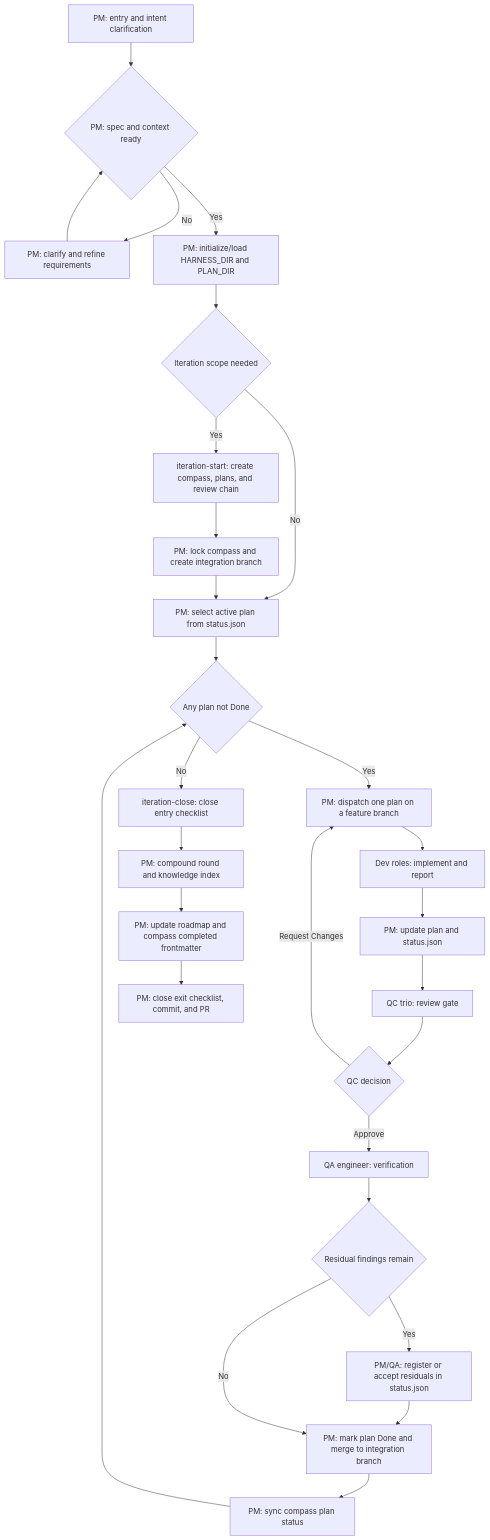
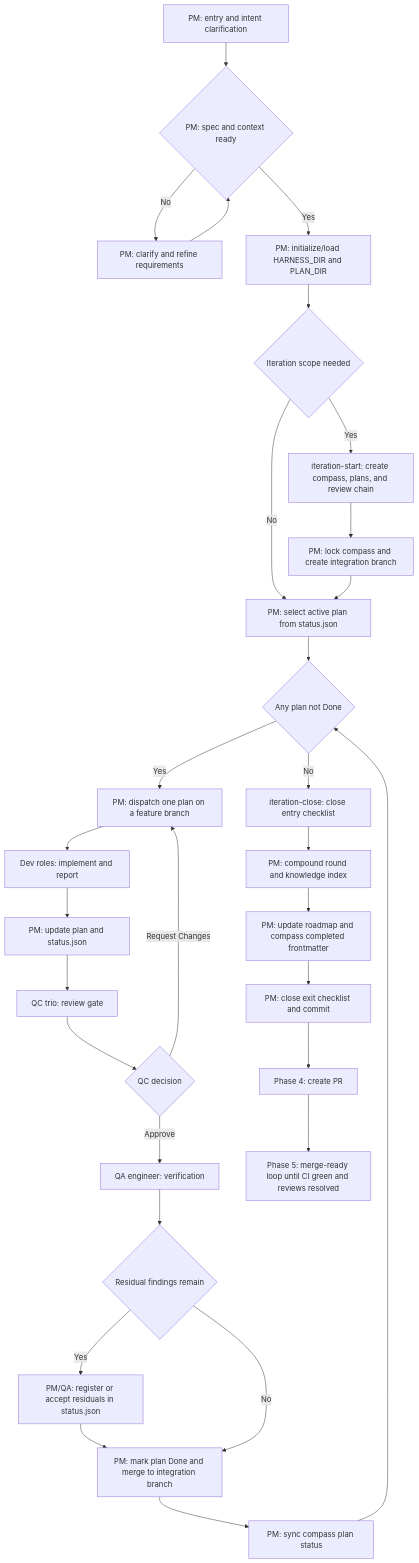
One commit to btspoony/mstar-harness changed the diagram in README.md. Above: the diagram before and after it, drawn with Mermaid. The commit also changed other lines of this file and 8 other files, not shown here.

````diff
--- a/README.md
+++ b/README.md
@@ -147,30 +147,32 @@
 ```mermaid
 flowchart TD
     A["PM: entry and intent clarification"] --> B{"PM: spec and context ready"}
     B -->|No| C["PM: clarify and refine requirements"]
     C --> B
     B -->|Yes| D["PM: initialize/load HARNESS_DIR and PLAN_DIR"]
     D --> E{"Iteration scope needed"}
     E -->|Yes| F["iteration-start: create compass, plans, and review chain"]
     F --> G["PM: lock compass and create integration branch"]
     E -->|No| H["PM: select active plan from status.json"]
     G --> H
     H --> I{"Any plan not Done"}
     I -->|Yes| J["PM: dispatch one plan on a feature branch"]
     J --> K["Dev roles: implement and report"]
     K --> L["PM: update plan and status.json"]
     L --> M["QC trio: review gate"]
     M --> N{"QC decision"}
     N -->|Request Changes| J
     N -->|Approve| O["QA engineer: verification"]
     O --> P{"Residual findings remain"}
     P -->|Yes| Q["PM/QA: register or accept residuals in status.json"]
     Q --> R["PM: mark plan Done and merge to integration branch"]
     P -->|No| R
     R --> S["PM: sync compass plan status"]
     S --> I
     I -->|No| T["iteration-close: close entry checklist"]
     T --> U["PM: compound round and knowledge index"]
     U --> V["PM: update roadmap and compass completed frontmatter"]
-    V --> W["PM: close exit checklist, commit, and PR"]
+    V --> W["PM: close exit checklist and commit"]
+    W --> X["Phase 4: create PR"]
+    X --> Y["Phase 5: merge-ready loop until CI green and reviews resolved"]
 ```
````
